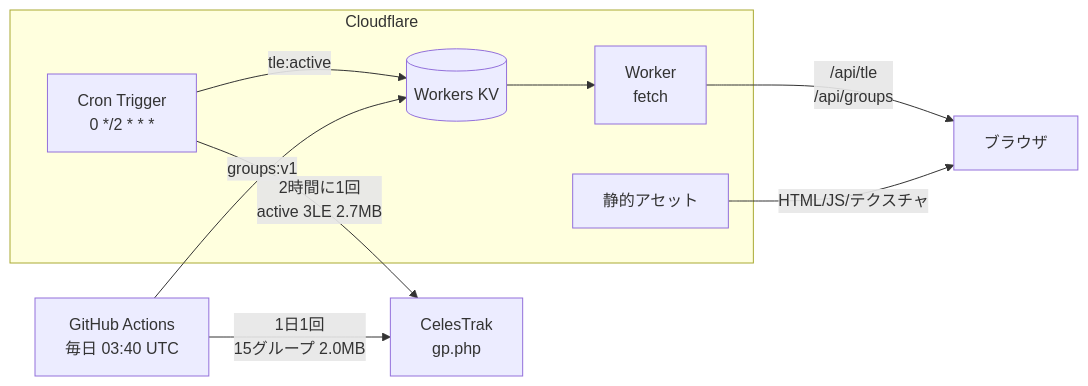
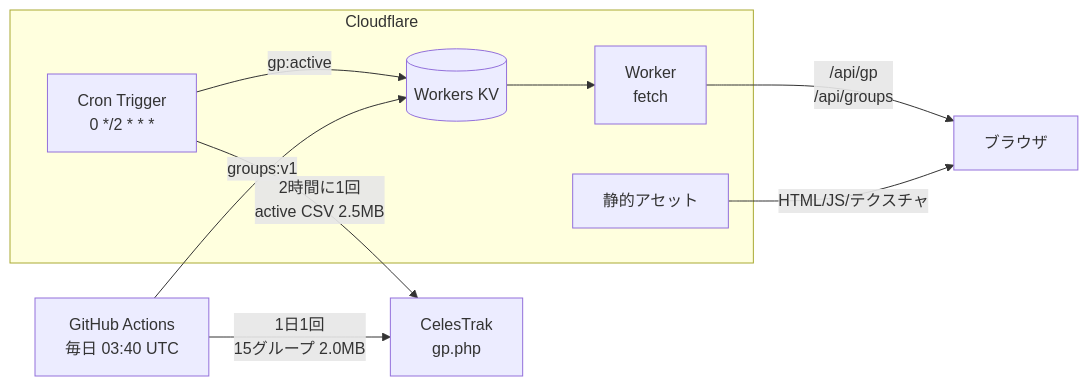
The diagram in docs/衛星トラッカー制作記録.md (minerjirou/Satellite-Tracker), drawn with Mermaid before and after one commit. The commit also changed other lines of this file and 10 other files, not shown here.

First line of the commit message:
データ形式を TLE から CSV へ移行し、欠落していた 327 基を回収

````diff
--- a/docs/衛星トラッカー制作記録.md
+++ b/docs/衛星トラッカー制作記録.md
@@ -153,20 +156,20 @@
 ```mermaid
 flowchart LR
     CT[CelesTrak<br/>gp.php]
     subgraph CF[Cloudflare]
         CRON[Cron Trigger<br/>0 */2 * * *]
         KV[(Workers KV)]
         W[Worker<br/>fetch]
         A[静的アセット]
     end
     GA[GitHub Actions<br/>毎日 03:40 UTC]
     B[ブラウザ]
 
-    CRON -->|2時間に1回<br/>active 3LE 2.7MB| CT
-    CRON -->|tle:active| KV
+    CRON -->|2時間に1回<br/>active CSV 2.5MB| CT
+    CRON -->|gp:active| KV
     GA -->|1日1回<br/>15グループ 2.0MB| CT
     GA -->|groups:v1| KV
     KV --> W
-    W -->|/api/tle<br/>/api/groups| B
+    W -->|/api/gp<br/>/api/groups| B
     A -->|HTML/JS/テクスチャ| B
 ```
````
